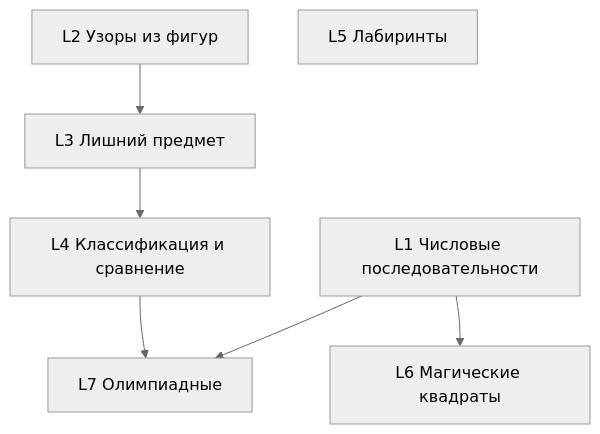
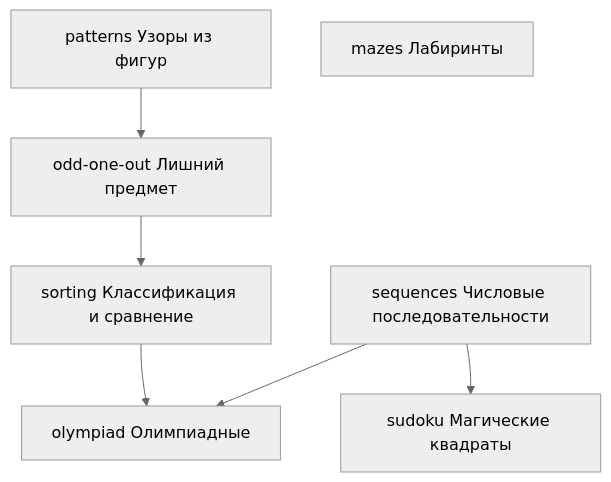
The second of 2 diagrams in docs/CURRICULUM.md (cogni-quest/game), drawn with Mermaid (neutral theme) before and after one commit. The commit also changed other lines of this file and 2 other files, not shown here.

First line of the commit message:
Rework the curriculum graph and align the architecture docs

````diff
--- a/docs/CURRICULUM.md
+++ b/docs/CURRICULUM.md
@@ -191,9 +627,9 @@
 ```mermaid
 graph TD
-  L1[L1 Числовые последовательности] --> L6[L6 Магические квадраты]
-  L2[L2 Узоры из фигур] --> L3[L3 Лишний предмет]
-  L3 --> L4[L4 Классификация и сравнение]
-  L4 --> L7[L7 Олимпиадные]
-  L1 --> L7
-  L5[L5 Лабиринты]
+  sequences[sequences Числовые последовательности] --> sudoku[sudoku Магические квадраты]
+  patterns[patterns Узоры из фигур] --> odd_one_out[odd-one-out Лишний предмет]
+  odd_one_out --> sorting[sorting Классификация и сравнение]
+  sorting --> olympiad[olympiad Олимпиадные]
+  sequences --> olympiad
+  mazes[mazes Лабиринты]
 ```
````
